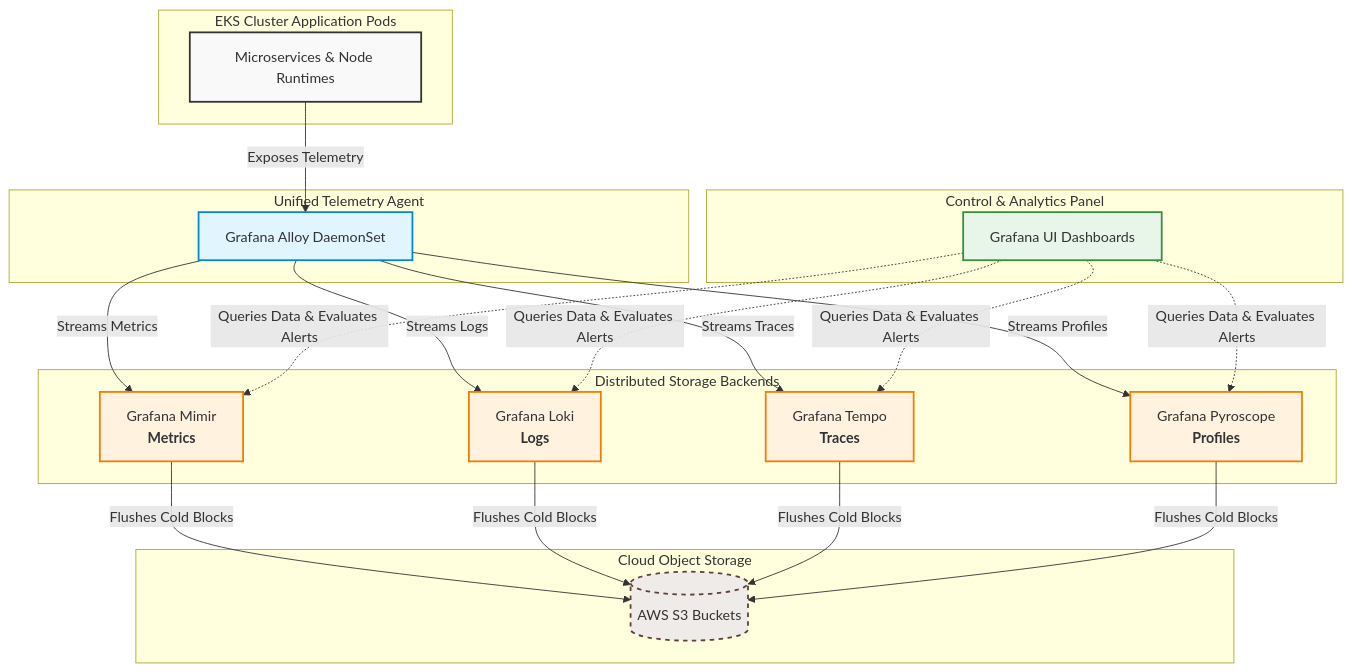
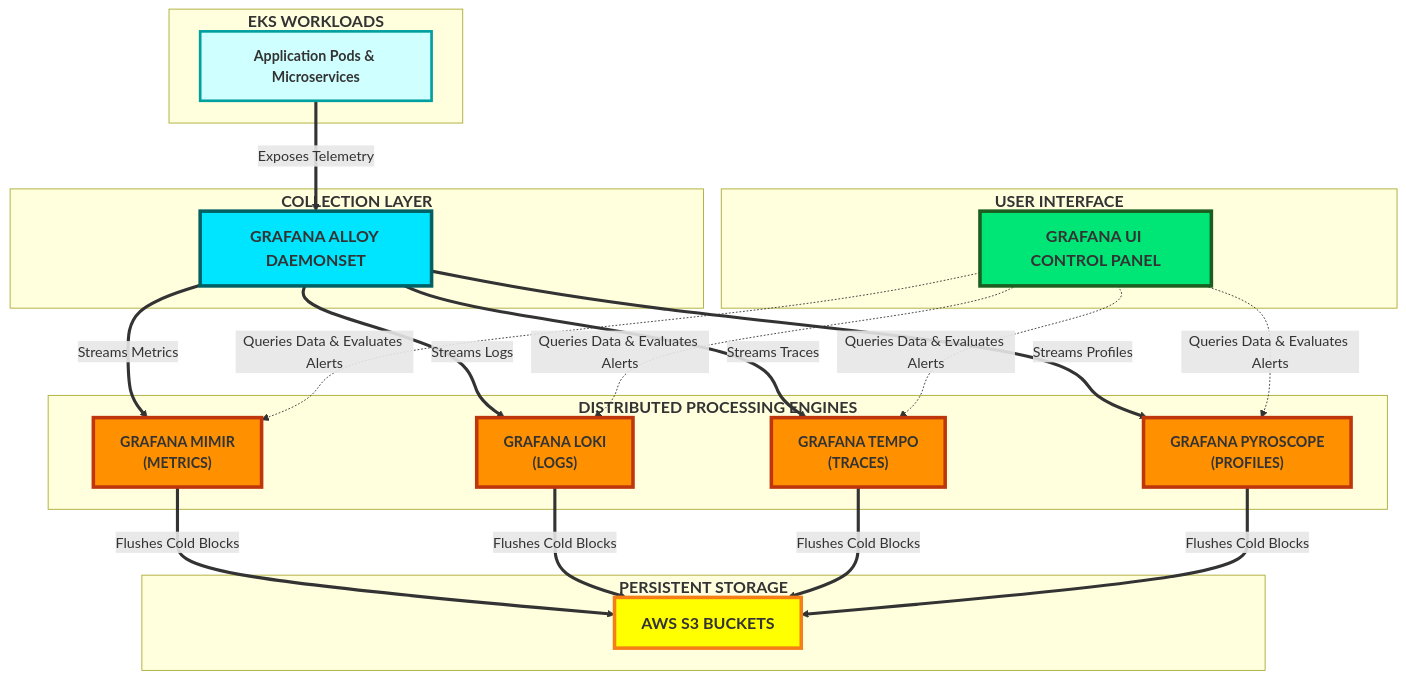
The diagram in README.md (thakursuraj509/test), drawn with Mermaid before and after one commit. The commit also changed other lines of this file, not shown here.

````diff
--- a/README.md
+++ b/README.md
@@ -47,54 +47,54 @@
 ```mermaid
 graph TD
-    %% Define Styles & Layout Settings
-    classDef app fill:#f9f9f9,stroke:#333,stroke-width:2px;
-    classDef agent fill:#e1f5fe,stroke:#0288d1,stroke-width:2px;
-    classDef backend fill:#fff3e0,stroke:#f57c00,stroke-width:2px;
-    classDef storage fill:#efebe9,stroke:#5d4037,stroke-width:2px,stroke-dasharray: 5 5;
-    classDef ui fill:#e8f5e9,stroke:#388e3c,stroke-width:2px;
+    %% Define Highly Visible High-Contrast Bright Colors
+    classDef app fill:#D0FFFF,stroke:#00A0A0,stroke-width:3px;
+    classDef agent fill:#00E5FF,stroke:#006064,stroke-width:4px;
+    classDef backend fill:#FF9100,stroke:#BF360C,stroke-width:4px;
+    classDef storage fill:#FFFF00,stroke:#F57F17,stroke-width:4px;
+    classDef ui fill:#00E676,stroke:#1B5E20,stroke-width:4px;
 
     %% --- 1. APPLICATION LAYER ---
-    subgraph AppLayer [EKS Cluster Application Pods]
-        A[Microservices & Node Runtimes]
+    subgraph AppLayer ["<span style='font-size:18px'><b>EKS WORKLOADS</b></span>"]
+        A["<span style='font-size:16px'><b>Application Pods & Microservices</b></span>"]
     end
     class A app;
 
     %% --- 2. COLLECTION LAYER ---
-    subgraph CollectionLayer [Unified Telemetry Agent]
-        B[Grafana Alloy DaemonSet]
+    subgraph CollectionLayer ["<span style='font-size:18px'><b>COLLECTION LAYER</b></span>"]
+        B["<span style='font-size:18px'><b>GRAFANA ALLOY DAEMONSET</b></span>"]
     end
     class B agent;
 
     %% --- 3. STORAGE & PROCESSING BACKENDS ---
-    subgraph ProcessingLayer [Distributed Storage Backends]
-        C[Grafana Mimir <br> <b>Metrics</b>]
-        D[Grafana Loki <br> <b>Logs</b>]
-        E[Grafana Tempo <br> <b>Traces</b>]
-        F[Grafana Pyroscope <br> <b>Profiles</b>]
+    subgraph ProcessingLayer ["<span style='font-size:18px'><b>DISTRIBUTED PROCESSING ENGINES</b></span>"]
+        C["<span style='font-size:16px'><b>GRAFANA MIMIR <br> (METRICS)</b></span>"]
+        D["<span style='font-size:16px'><b>GRAFANA LOKI <br> (LOGS)</b></span>"]
+        E["<span style='font-size:16px'><b>GRAFANA TEMPO <br> (TRACES)</b></span>"]
+        F["<span style='font-size:16px'><b>GRAFANA PYROSCOPE <br> (PROFILES)</b></span>"]
     end
     class C,D,E,F backend;
 
     %% --- 4. COLD STORAGE ---
-    subgraph StorageLayer [Cloud Object Storage]
-        G[(AWS S3 Buckets)]
+    subgraph StorageLayer ["<span style='font-size:18px'><b>PERSISTENT STORAGE</b></span>"]
+        G["<span style='font-size:18px'><b>AWS S3 BUCKETS</b></span>"]
     end
     class G storage;
 
     %% --- 5. VISUALIZATION LAYER ---
-    subgraph VisualizationLayer [Control & Analytics Panel]
-        H[Grafana UI Dashboards]
+    subgraph VisualizationLayer ["<span style='font-size:18px'><b>USER INTERFACE</b></span>"]
+        H["<span style='font-size:18px'><b>GRAFANA UI CONTROL PANEL</b></span>"]
     end
     class H ui;
 
     %% --- PIPELINE CONNECTIONS (FLOW) ---
-    A -->|Exposes Telemetry| B
+    A == Exposes Telemetry ==> B
     
-    B -->|Streams Metrics| C
-    B -->|Streams Logs| D
-    B -->|Streams Traces| E
-    B -->|Streams Profiles| F
+    B == Streams Metrics ==> C
+    B == Streams Logs ==> D
+    B == Streams Traces ==> E
+    B == Streams Profiles ==> F
     
-    C & D & E & F -->|Flushes Cold Blocks| G
+    C & D & E & F == Flushes Cold Blocks ==> G
     
-    H -.->|Queries Data & Evaluates Alerts| C & D & E & F
+    H -. Queries Data & Evaluates Alerts .-> C & D & E & F
 ```
````
